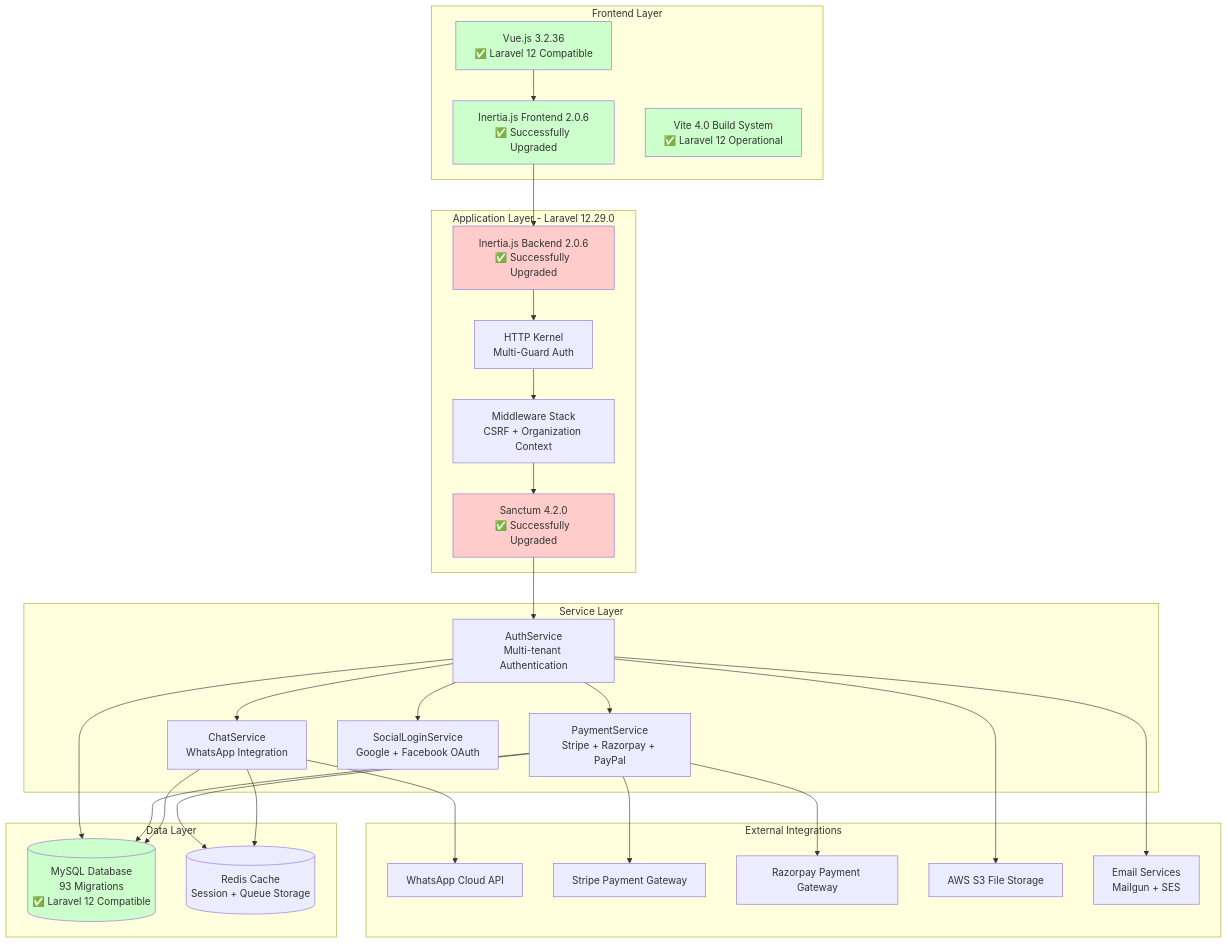
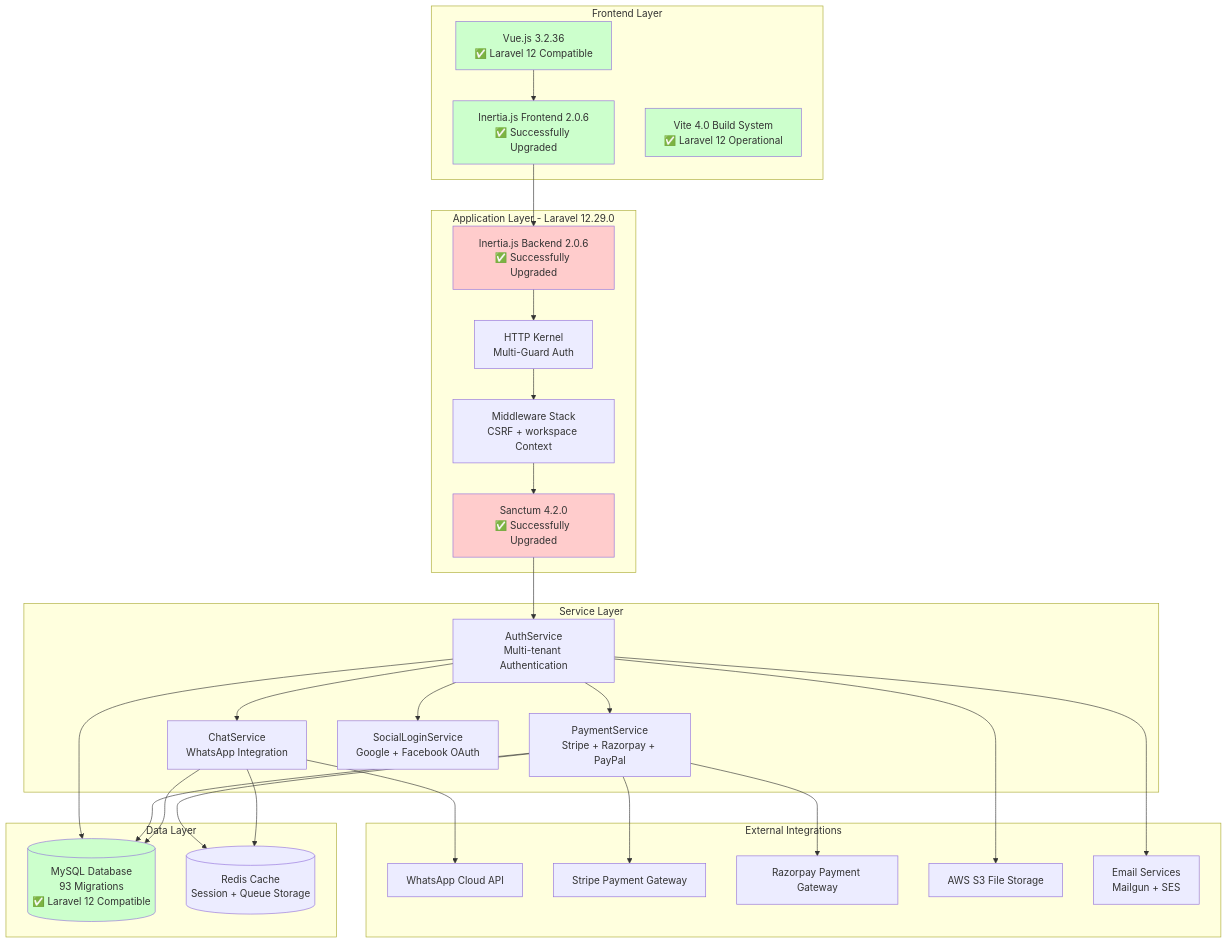
The first of 23 diagrams in docs/laravel-12-upgrade/visual.md (ltmoerdani/blazz), drawn with Mermaid before and after one commit. The commit also changed 247 other files, not shown here.

````diff
--- a/docs/laravel-12-upgrade/visual.md
+++ b/docs/laravel-12-upgrade/visual.md
@@ -7,66 +7,66 @@
 ```mermaid
 graph TB
     subgraph "Frontend Layer"
         VUE[Vue.js 3.2.36<br/>✅ Laravel 12 Compatible]
         INERTIA_FE[Inertia.js Frontend 2.0.6<br/>✅ Successfully Upgraded]
         VITE[Vite 4.0 Build System<br/>✅ Laravel 12 Operational]
     end
     
     subgraph "Application Layer - Laravel 12.29.0"
         INERTIA_BE[Inertia.js Backend 2.0.6<br/>✅ Successfully Upgraded]
         SANCTUM[Sanctum 4.2.0<br/>✅ Successfully Upgraded]
         KERNEL[HTTP Kernel<br/>Multi-Guard Auth]
-        MIDDLEWARE[Middleware Stack<br/>CSRF + Organization Context]
+        MIDDLEWARE[Middleware Stack<br/>CSRF + workspace Context]
     end
     
     subgraph "Service Layer"
         AUTH[AuthService<br/>Multi-tenant Authentication]
         CHAT[ChatService<br/>WhatsApp Integration]
         PAYMENT[PaymentService<br/>Stripe + Razorpay + PayPal]
         SOCIAL[SocialLoginService<br/>Google + Facebook OAuth]
     end
     
     subgraph "Data Layer"
         DB[(MySQL Database<br/>93 Migrations<br/>✅ Laravel 12 Compatible)]
         REDIS[(Redis Cache<br/>Session + Queue Storage)]
     end
     
     subgraph "External Integrations"
         WHATSAPP[WhatsApp Cloud API]
         STRIPE[Stripe Payment Gateway]
         RAZORPAY[Razorpay Payment Gateway]
         S3[AWS S3 File Storage]
         EMAIL[Email Services<br/>Mailgun + SES]
     end
     
     VUE --> INERTIA_FE
     INERTIA_FE --> INERTIA_BE
     INERTIA_BE --> KERNEL
     KERNEL --> MIDDLEWARE
     MIDDLEWARE --> SANCTUM
     SANCTUM --> AUTH
     
     AUTH --> CHAT
     AUTH --> PAYMENT
     AUTH --> SOCIAL
     
     CHAT --> DB
     PAYMENT --> DB
     AUTH --> DB
     
     CHAT --> REDIS
     PAYMENT --> REDIS
     
     CHAT --> WHATSAPP
     PAYMENT --> STRIPE
     PAYMENT --> RAZORPAY
     AUTH --> S3
     AUTH --> EMAIL
     
     style INERTIA_BE fill:#ffcccc
     style SANCTUM fill:#ffcccc
     style VUE fill:#ccffcc
     style INERTIA_FE fill:#ccffcc
     style VITE fill:#ccffcc
     style DB fill:#ccffcc
 ```
````
